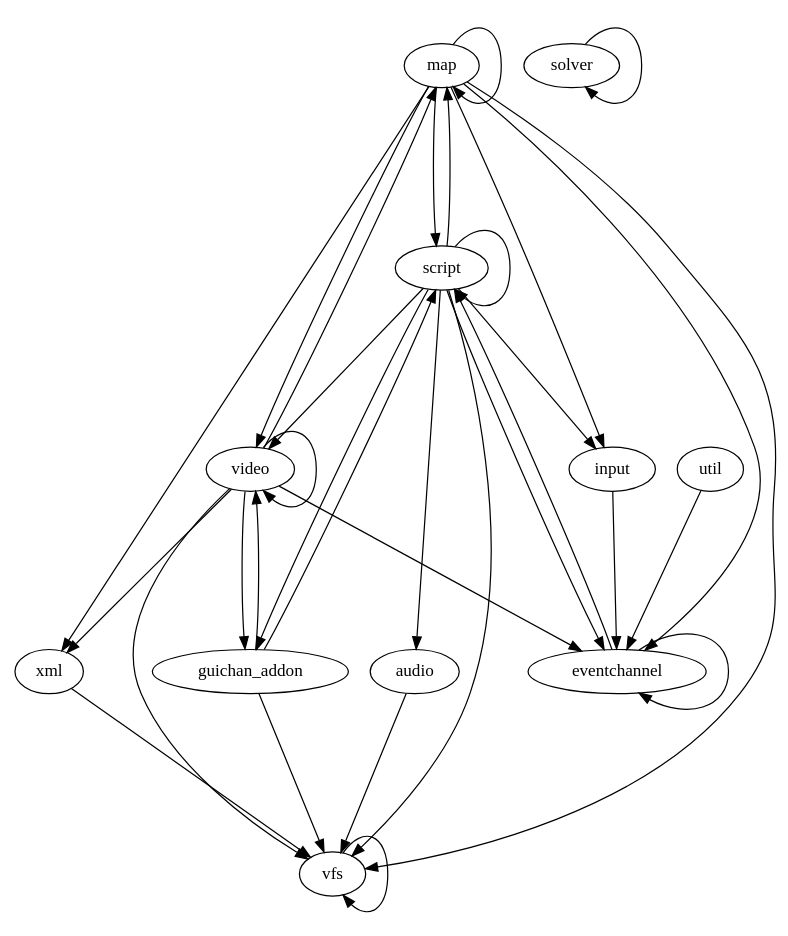
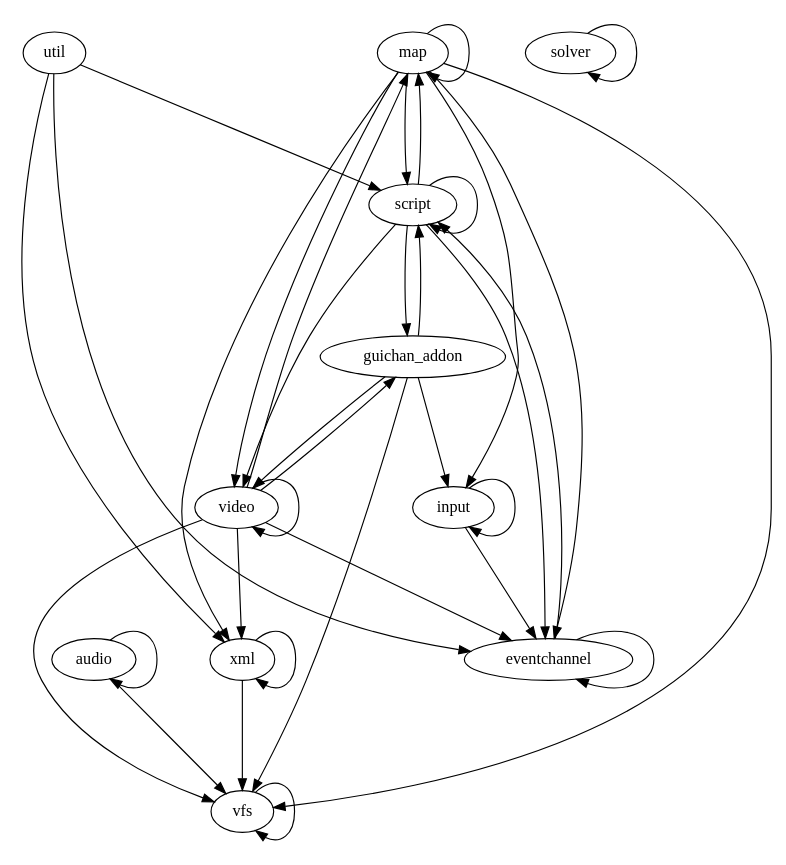
Before and after one commit to fifengine/fifengine: the diagram in doc/dependencies/moduledeps.dot, drawn with Graphviz. The commit also changed 6 other files, not shown here.

Commit message:
dependency graphs updated

```diff
--- a/doc/dependencies/moduledeps.dot
+++ b/doc/dependencies/moduledeps.dot
@@ -1,40 +1,43 @@
 digraph "source tree" {
     overlap=scale;
     size="8,10";
     ratio="fill";
     fontsize="16";
     fontname="Helvetica";
     clusterrank="local";
+    "xml" -> "xml"
     "xml" -> "vfs"
     "map" -> "xml"
     "map" -> "map"
     "map" -> "script"
     "map" -> "eventchannel"
     "map" -> "video"
     "map" -> "input"
     "map" -> "vfs"
     "script" -> "map"
     "script" -> "script"
+    "script" -> "video"
     "script" -> "eventchannel"
     "script" -> "guichan_addon"
-    "script" -> "video"
-    "script" -> "input"
-    "script" -> "audio"
-    "script" -> "vfs"
     "solver" -> "solver"
     "eventchannel" -> "eventchannel"
     "eventchannel" -> "script"
     "guichan_addon" -> "vfs"
+    "guichan_addon" -> "script"
     "guichan_addon" -> "video"
-    "guichan_addon" -> "script"
+    "guichan_addon" -> "input"
+    "util" -> "xml"
     "util" -> "eventchannel"
+    "util" -> "script"
     "video" -> "xml"
     "video" -> "map"
     "video" -> "eventchannel"
     "video" -> "guichan_addon"
     "video" -> "video"
     "video" -> "vfs"
+    "input" -> "input"
     "input" -> "eventchannel"
+    "audio" -> "audio"
     "audio" -> "vfs"
     "vfs" -> "vfs"
 }
```
